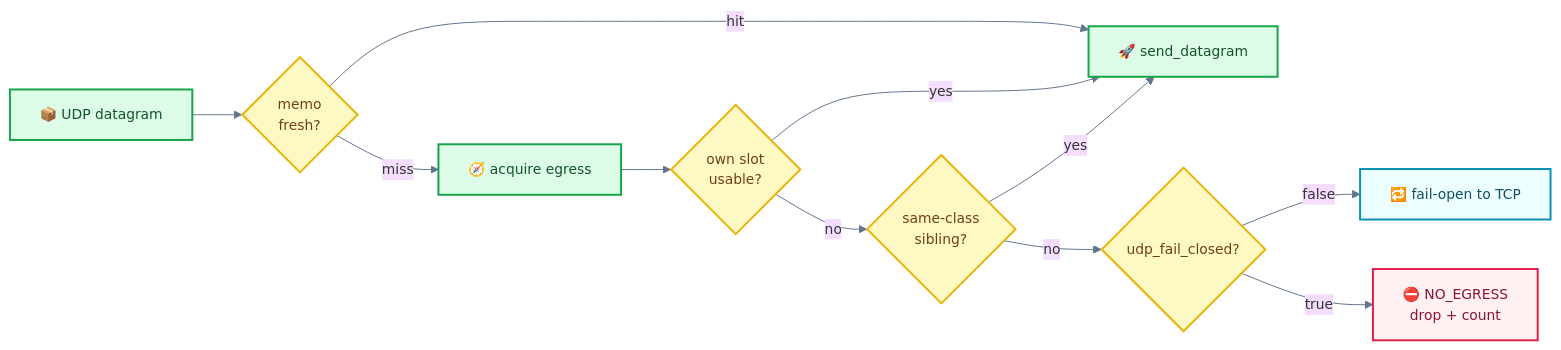
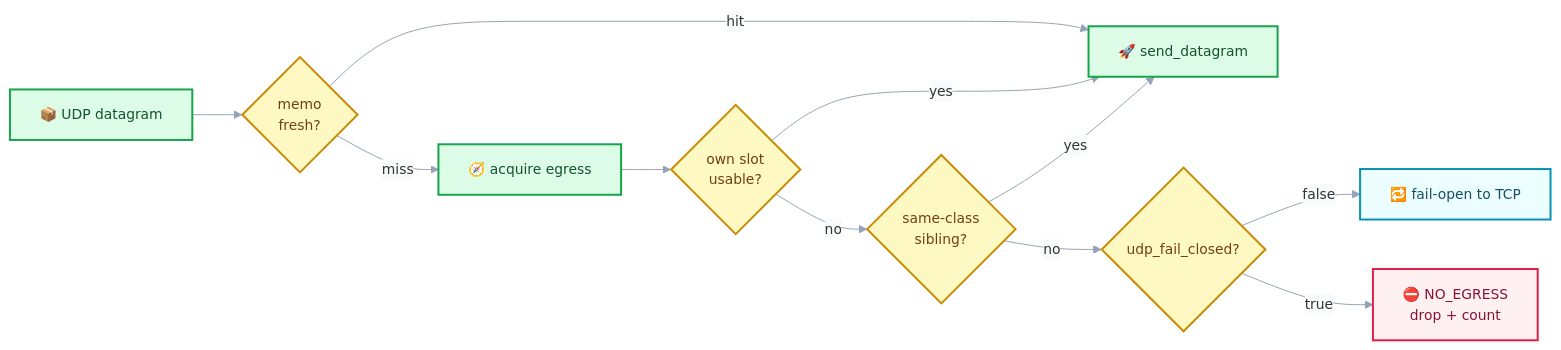
Diagram 14 of 31 in README.md (Terutoki/MyQUIC2), drawn with Mermaid before and after one commit. The commit also changed other lines of this file and 14 other files, not shown here.

First line of the commit message:
docs(readme): remove static art and redraw Mermaid atlas

````diff
--- a/README.md
+++ b/README.md
@@ -1426,27 +1448,24 @@
 ```mermaid
-%%{init: {"theme":"base","themeVariables":{"fontSize":"14px","lineColor":"#64748b"}}}%%
+%%{init: {"theme":"base","themeVariables":{"fontSize":"14px","lineColor":"#94a3b8","textColor":"#0f172a","edgeLabelBackground":"#f8fafc"}}}%%
 flowchart LR
-D["📦 UDP datagram"] --> M{"memo<br/>fresh?"}
+    accTitle: Client egress selection
+    accDescr: A UDP datagram takes the memoized egress when fresh, otherwise it tries its own slot, a same-class sibling, and finally the fail-open or fail-closed policy.
+    D["📦 UDP datagram"] --> M{"memo<br/>fresh?"}
     M -->|"hit"| SEND["🚀 send_datagram"]
     M -->|"miss"| A["🧭 acquire egress"]
     A --> O{"own slot<br/>usable?"}
     O -->|"yes"| SEND
     O -->|"no"| S{"same-class<br/>sibling?"}
     S -->|"yes"| SEND
     S -->|"no"| F{"udp_fail_closed?"}
     F -->|"false"| TCP["🔁 fail-open to TCP"]
     F -->|"true"| DROP["⛔ NO_EGRESS<br/>drop + count"]
-    class D,A,SEND clientC
-    class M,O,S,F decisionC
-    class TCP wireC
-    class DROP dangerC
-
-    classDef clientC fill:#dcfce7,stroke:#16a34a,stroke-width:2px,color:#14532d
-    classDef coreC fill:#eef2ff,stroke:#4f46e5,stroke-width:2px,color:#1e1b4b
-    classDef wireC fill:#ecfeff,stroke:#0891b2,stroke-width:2px,color:#164e63
-    classDef warmC fill:#fff7ed,stroke:#fb923c,stroke-width:2px,color:#7c2d12
-    classDef dangerC fill:#fff1f2,stroke:#e11d48,stroke-width:2px,color:#881337
-    classDef muteC fill:#f8fafc,stroke:#cbd5e1,color:#475569
-    classDef noteC fill:#e0e7ff,stroke:#8b5cf6,stroke-width:1.5px,color:#312e81
-    classDef decisionC fill:#fef9c3,stroke:#eab308,stroke-width:2px,color:#713f12
+    classDef edge fill:#dcfce7,stroke:#16a34a,stroke-width:2px,color:#14532d
+    classDef decision fill:#fef9c3,stroke:#ca8a04,stroke-width:2px,color:#713f12
+    classDef wire fill:#ecfeff,stroke:#0891b2,stroke-width:2px,color:#164e63
+    classDef warn fill:#fff1f2,stroke:#e11d48,stroke-width:2px,color:#881337
+    class D,A,SEND edge
+    class M,O,S,F decision
+    class TCP wire
+    class DROP warn
 ```
````
